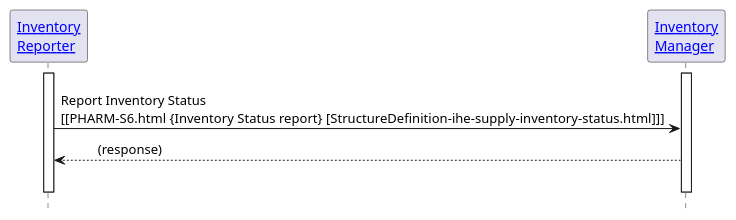
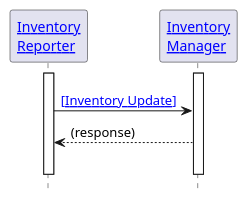
The diagram in input/images-source/pharm-s6.plantuml (IHE/pharm-supply), drawn with PlantUML before and after one commit. The commit also changed 14 other files, not shown here.

```diff
--- a/input/images-source/pharm-s6.plantuml
+++ b/input/images-source/pharm-s6.plantuml
@@ -1,22 +1,22 @@
 @startuml
 
 hide footbox
 
 '!include ./style.iuml
 
 
 participant "[[actors_and_transactions.html#inventory-reporter Inventory\nReporter]]" as IR
 participant "[[actors_and_transactions.html#inventory-manager Inventory\nManager]]" as IM
 
 activate IR
 activate IM
 
 IR -[hidden]> IM
-IR -> IM: Report Inventory Status \n[[PHARM-S6.html {Inventory Status report}  ~[StructureDefinition-ihe-supply-inventory-status.html~]]]
-IR <-- IM: \t(response)\t
+IR -> IM: [[StructureDefinition-ihe-supply-inventory-update.html{Inventory Update} ~[Inventory Update~]]]
+IR <-- IM: (response)\t
 IR -[hidden]> IM :"  "
 
 deactivate IR
 deactivate IM
 
 @enduml
```
